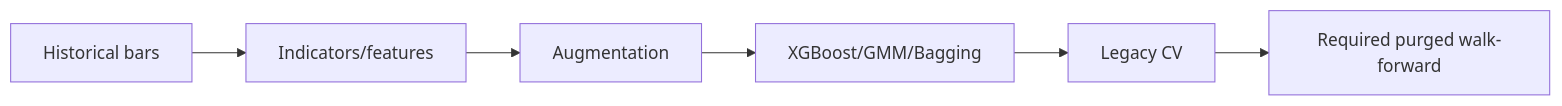
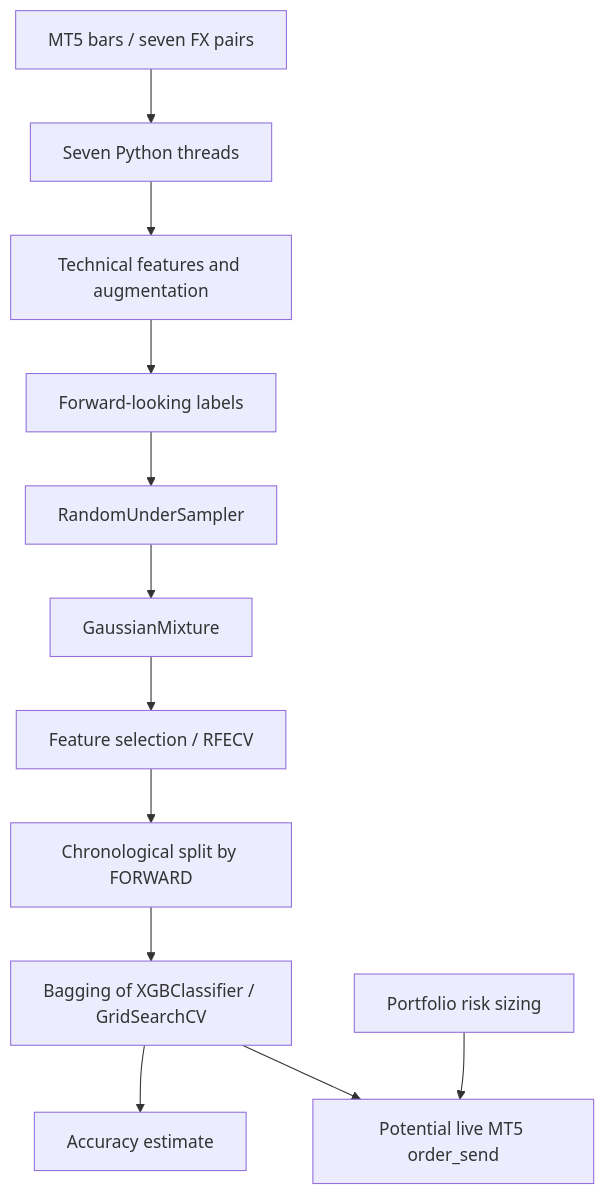
Before and after one commit to Shtenco/multi_threaded_trading_robot_with_machine_learning_python: the diagram in README.md, drawn with Mermaid. The commit also changed other lines of this file, not shown here.

Commit message:
docs: deep audit of multithreaded ML, leakage and execution risk

````diff
--- a/README.md
+++ b/README.md
@@ -428,8 +23,14 @@
 ```mermaid
-flowchart LR
-    DATA[Historical bars] --> FEAT[Indicators/features]
-    FEAT --> AUG[Augmentation]
-    AUG --> MODEL[XGBoost/GMM/Bagging]
-    MODEL --> CV[Legacy CV]
-    CV --> WF[Required purged walk-forward]
+flowchart TD
+ MT5[MT5 bars / seven FX pairs] --> THREADS[Seven Python threads]
+ THREADS --> FEAT[Technical features and augmentation]
+ FEAT --> LABEL[Forward-looking labels]
+ LABEL --> BAL[RandomUnderSampler]
+ BAL --> GMM[GaussianMixture]
+ GMM --> RFECV[Feature selection / RFECV]
+ RFECV --> SPLIT[Chronological split by FORWARD]
+ SPLIT --> MODEL[Bagging of XGBClassifier / GridSearchCV]
+ MODEL --> ACC[Accuracy estimate]
+ MODEL --> MT5ORD[Potential live MT5 order_send]
+ SIZE[Portfolio risk sizing] --> MT5ORD
 ```
````
